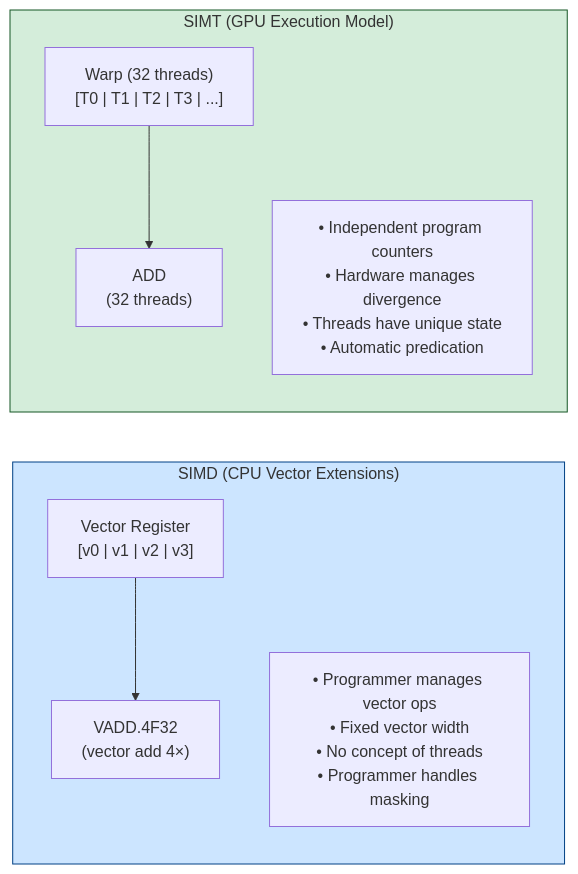
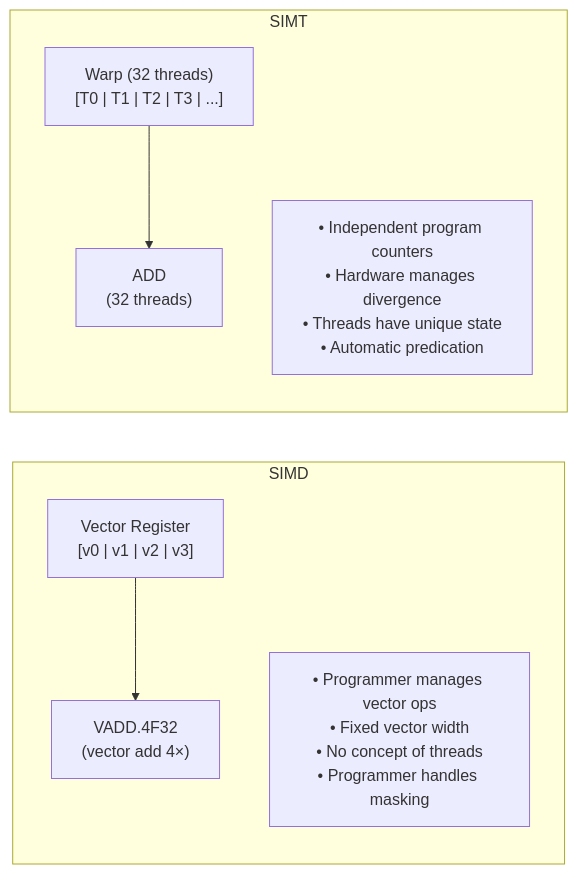
Before and after one commit to alirezaazadi/renoir: the fifth of 45 diagrams in docs/GPU_MAP_OPERATOR.md, drawn with Mermaid. The commit also changed other lines of this file, not shown here.

Commit message:
doc: fix the mermaid charts issues

````diff
--- a/docs/GPU_MAP_OPERATOR.md
+++ b/docs/GPU_MAP_OPERATOR.md
@@ -293,19 +274,16 @@
 ```mermaid
 flowchart LR
-    subgraph SIMD["SIMD (CPU Vector Extensions)"]
+    subgraph SIMD["SIMD"]
         direction TB
-        VREG["Vector Register\n[v0 | v1 | v2 | v3]"]
-        VREG --> VADD["VADD.4F32\n(vector add 4×)"]
-        SIMD_NOTES["• Programmer manages vector ops\n• Fixed vector width\n• No concept of threads\n• Programmer handles masking"]
+        VREG["Vector Register<br/>[v0 | v1 | v2 | v3]"]
+        VREG --> VADD["VADD.4F32<br/>(vector add 4×)"]
+        SIMD_NOTES["• Programmer manages vector ops<br/>• Fixed vector width<br/>• No concept of threads<br/>• Programmer handles masking"]
     end
 
-    subgraph SIMT["SIMT (GPU Execution Model)"]
+    subgraph SIMT["SIMT"]
         direction TB
-        WARP["Warp (32 threads)\n[T0 | T1 | T2 | T3 | ...]"]
-        WARP --> ADD["ADD\n(32 threads)"]
-        SIMT_NOTES["• Independent program counters\n• Hardware manages divergence\n• Threads have unique state\n• Automatic predication"]
+        WARP["Warp (32 threads)<br/>[T0 | T1 | T2 | T3 | ...]"]
+        WARP --> ADD["ADD<br/>(32 threads)"]
+        SIMT_NOTES["• Independent program counters<br/>• Hardware manages divergence<br/>• Threads have unique state<br/>• Automatic predication"]
     end
-
-    style SIMD fill:#cce5ff,stroke:#004085
-    style SIMT fill:#d4edda,stroke:#155724
 ```
````
